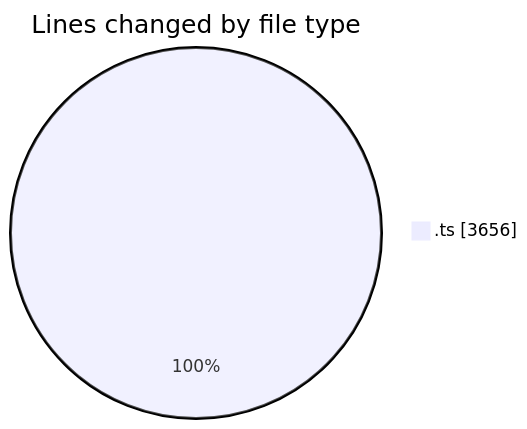
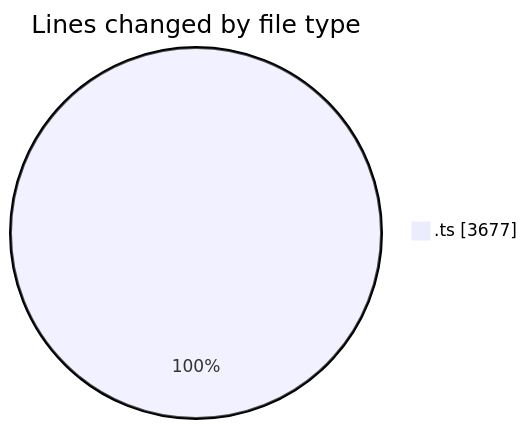
One commit to momahboobian/code-tracking changed the first of 2 diagrams in 2025-10-23/cda/README.md. Above: the diagram before and after it, drawn with Mermaid. The commit also changed other lines of this file and 1 other file, not shown here.

````diff
--- a/2025-10-23/cda/README.md
+++ b/2025-10-23/cda/README.md
@@ -24,5 +24,5 @@
 ```mermaid
 pie showData
 title Lines changed by file type
-".ts" : 3656
+".ts" : 3677
 ```
````
